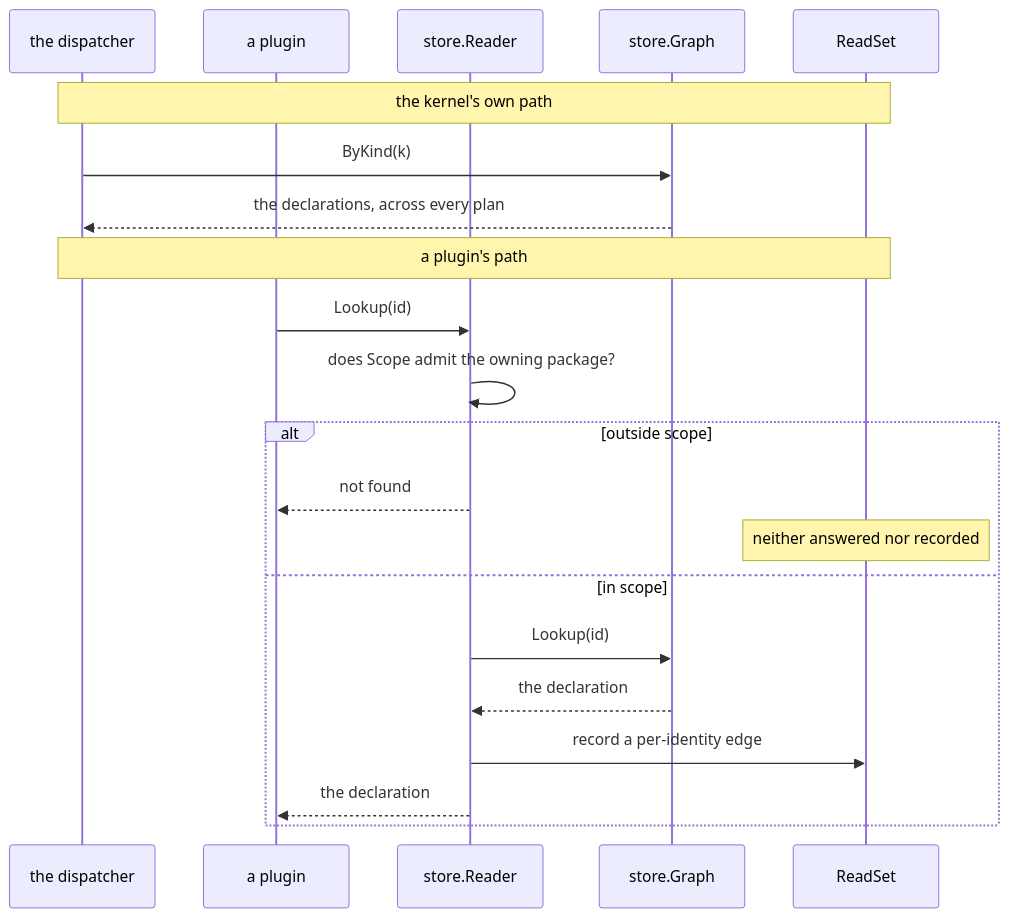
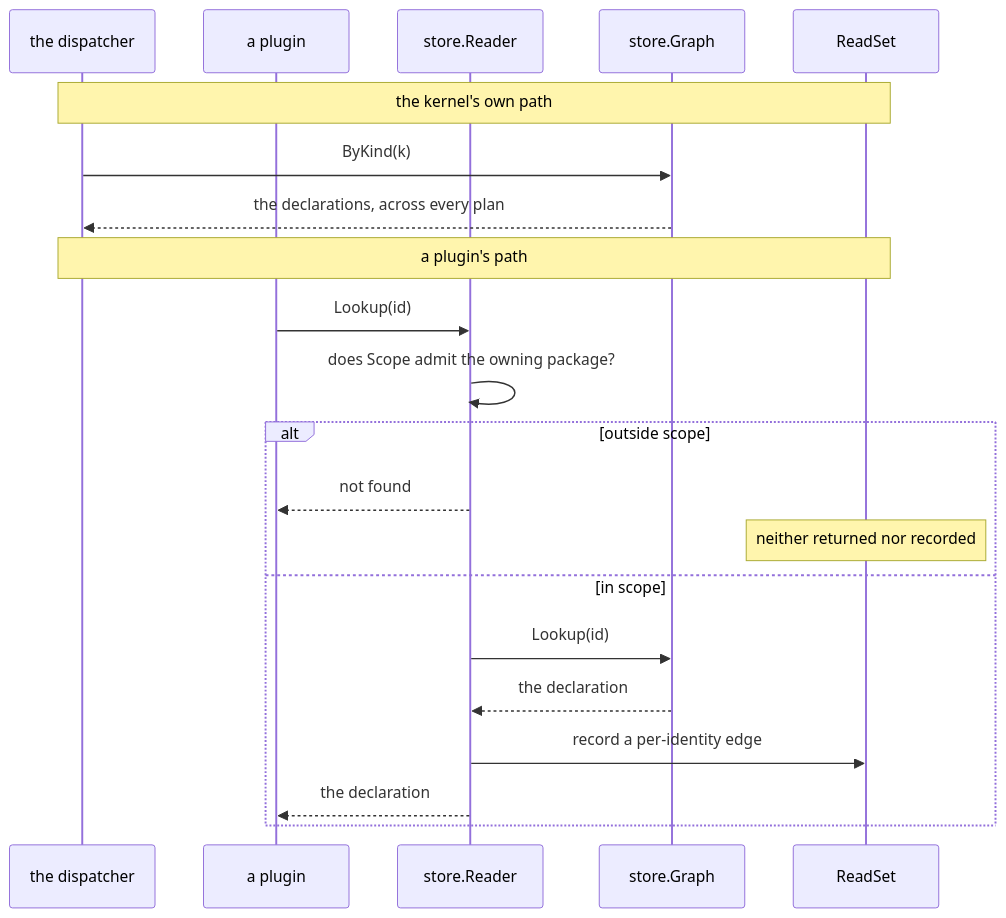
The diagram in docs/rfc/0003-diagnostics-and-store.md (dokimasia/eidos), drawn with Mermaid before and after one commit. The commit also changed other lines of this file and 50 other files, not shown here.

````diff
--- a/docs/rfc/0003-diagnostics-and-store.md
+++ b/docs/rfc/0003-diagnostics-and-store.md
@@ -248,24 +248,24 @@
 ```mermaid
 sequenceDiagram
     participant D as the dispatcher
     participant PL as a plugin
     participant RD as store.Reader
     participant G as store.Graph
     participant RS as ReadSet
 
     Note over D,RS: the kernel's own path
     D->>G: ByKind(k)
     G-->>D: the declarations, across every plan
     Note over D,RS: a plugin's path
     PL->>RD: Lookup(id)
     RD->>RD: does Scope admit the owning package?
     alt outside scope
         RD-->>PL: not found
-        Note over RS: neither answered nor recorded
+        Note over RS: neither returned nor recorded
     else in scope
         RD->>G: Lookup(id)
         G-->>RD: the declaration
         RD->>RS: record a per-identity edge
         RD-->>PL: the declaration
     end
 ```
````
